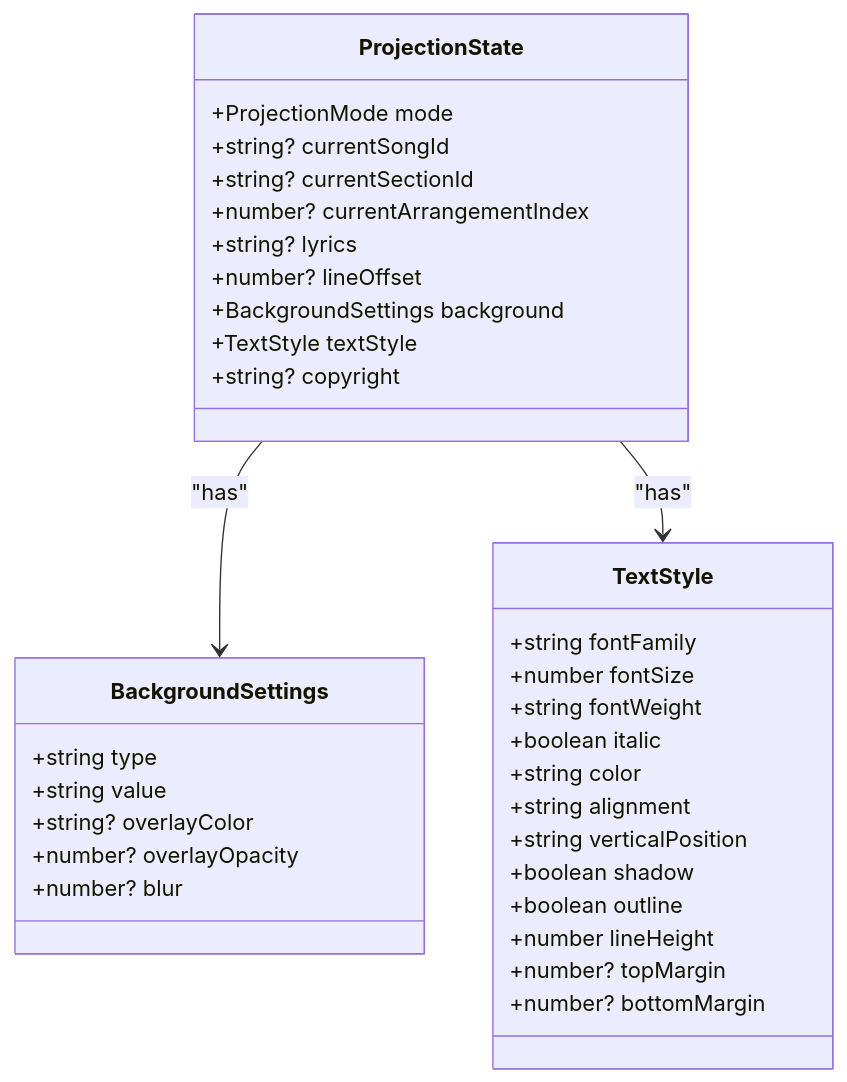
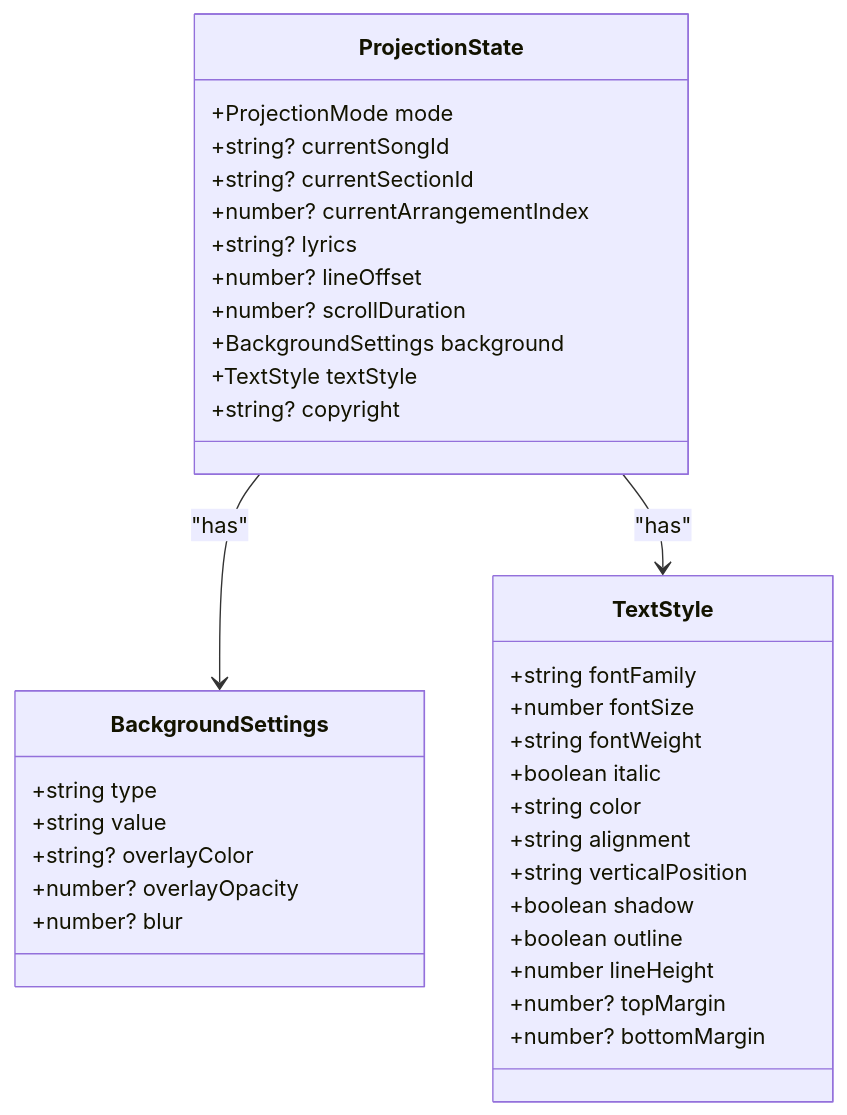
One commit to jimmywyk/lyricdeck changed the second of 9 diagrams in .qoder/repowiki/en/content/Architecture Overview/State Management Architecture/Projection Control Actions.md. Above: the diagram before and after it, drawn with Mermaid. The commit also changed other lines of this file and 8 other files, not shown here.

````diff
--- a/.qoder/repowiki/en/content/Architecture Overview/State Management Architecture/Projection Control Actions.md
+++ b/.qoder/repowiki/en/content/Architecture Overview/State Management Architecture/Projection Control Actions.md
@@ -75,37 +82,38 @@
 ```mermaid
 classDiagram
 class ProjectionState {
 +ProjectionMode mode
 +string? currentSongId
 +string? currentSectionId
 +number? currentArrangementIndex
 +string? lyrics
 +number? lineOffset
++number? scrollDuration
 +BackgroundSettings background
 +TextStyle textStyle
 +string? copyright
 }
 class BackgroundSettings {
 +string type
 +string value
 +string? overlayColor
 +number? overlayOpacity
 +number? blur
 }
 class TextStyle {
 +string fontFamily
 +number fontSize
 +string fontWeight
 +boolean italic
 +string color
 +string alignment
 +string verticalPosition
 +boolean shadow
 +boolean outline
 +number lineHeight
 +number? topMargin
 +number? bottomMargin
 }
 ProjectionState --> BackgroundSettings : "has"
 ProjectionState --> TextStyle : "has"
 ```
````
